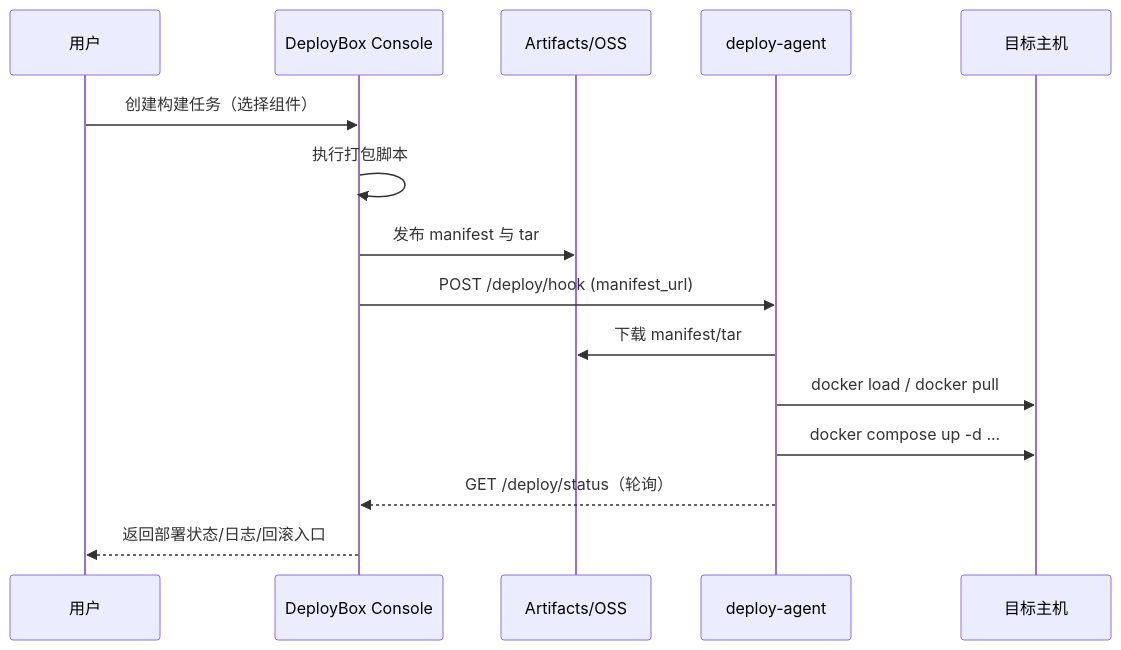
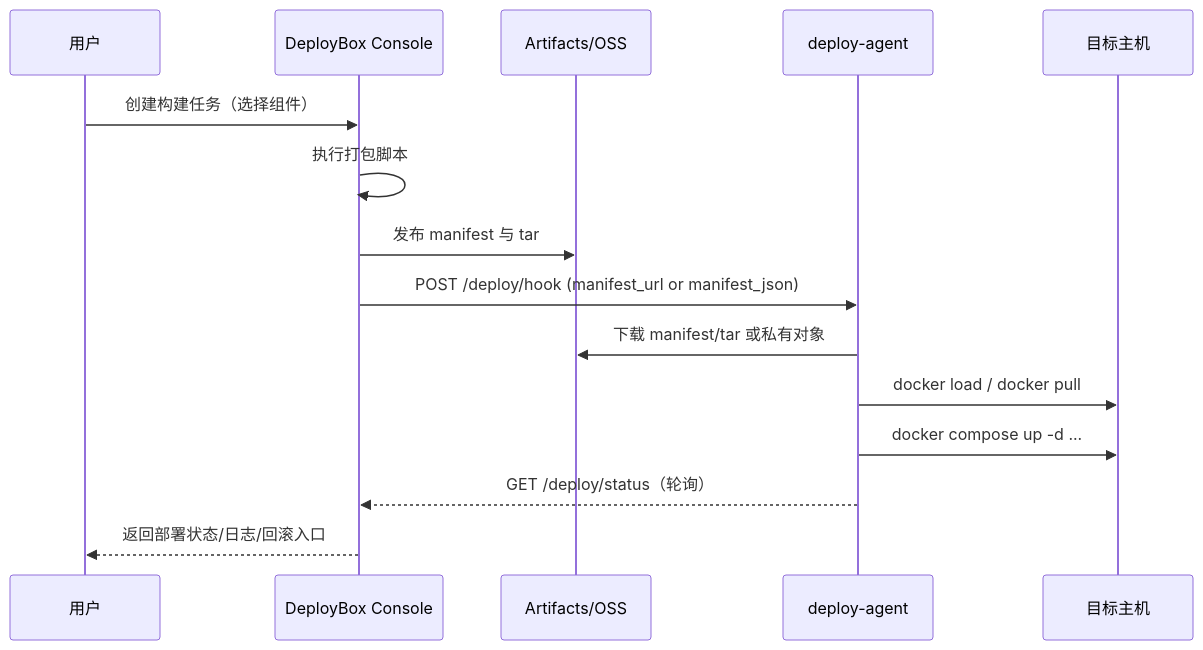
The second of 2 diagrams in README.md (inteye/deploy-box), drawn with Mermaid before and after one commit. The commit also changed other lines of this file and 29 other files, not shown here.

````diff
--- a/README.md
+++ b/README.md
@@ -45,18 +48,18 @@
 ```mermaid
 sequenceDiagram
     participant User as 用户
     participant Console as DeployBox Console
     participant Artifacts as Artifacts/OSS
     participant Agent as deploy-agent
     participant Host as 目标主机
 
     User->>Console: 创建构建任务（选择组件）
     Console->>Console: 执行打包脚本
     Console->>Artifacts: 发布 manifest 与 tar
-    Console->>Agent: POST /deploy/hook (manifest_url)
-    Agent->>Artifacts: 下载 manifest/tar
+    Console->>Agent: POST /deploy/hook (manifest_url or manifest_json)
+    Agent->>Artifacts: 下载 manifest/tar 或私有对象
     Agent->>Host: docker load / docker pull
     Agent->>Host: docker compose up -d ...
     Agent-->>Console: GET /deploy/status（轮询）
     Console-->>User: 返回部署状态/日志/回滚入口
 ```
````
